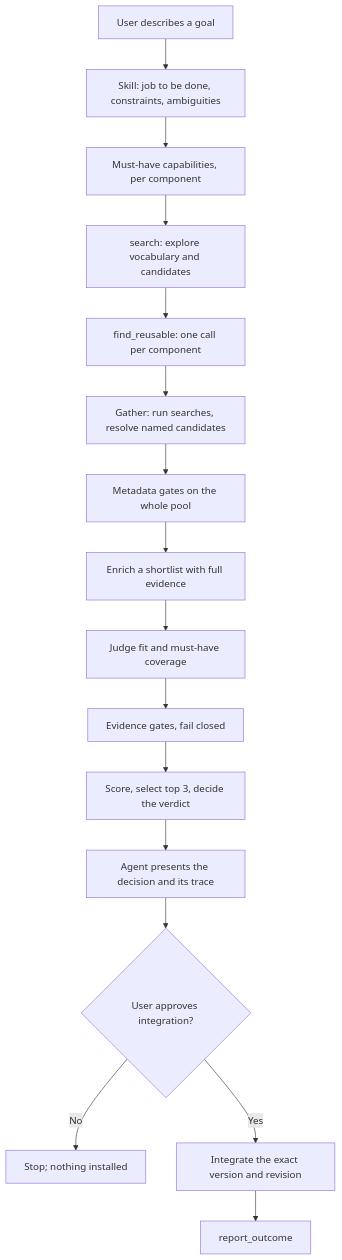
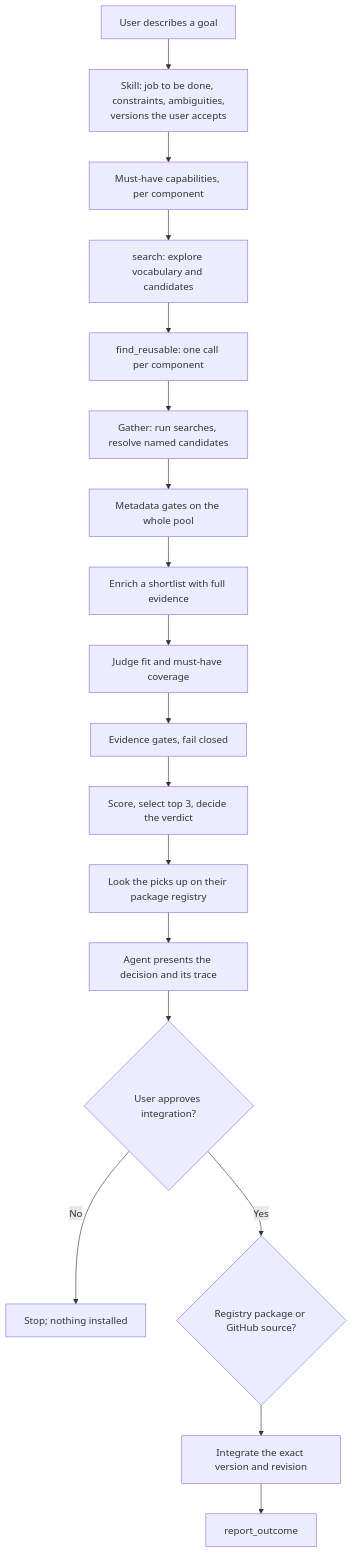
Before and after one commit to Qunivex/Open-Intelligence: the second of 2 diagrams in docs/architecture.md, drawn with Mermaid. The commit also changed other lines of this file and 20 other files, not shown here.

First line of the commit message:
Let the user choose which versions to pin, and offer each pick's registry package

````diff
--- a/docs/architecture.md
+++ b/docs/architecture.md
@@ -30,18 +30,20 @@
 ```mermaid
 flowchart TD
-    Start[User describes a goal] --> Intent[Skill: job to be done, constraints, ambiguities]
+    Start[User describes a goal] --> Intent[Skill: job to be done, constraints, ambiguities,<br/>versions the user accepts]
     Intent --> Caps[Must-have capabilities, per component]
     Caps --> Explore[search: explore vocabulary and candidates]
     Explore --> Find[find_reusable: one call per component]
     Find --> Gather[Gather: run searches, resolve named candidates]
     Gather --> Meta[Metadata gates on the whole pool]
     Meta --> Enrich[Enrich a shortlist with full evidence]
     Enrich --> Judge[Judge fit and must-have coverage]
     Judge --> Gates[Evidence gates, fail closed]
     Gates --> Score[Score, select top 3, decide the verdict]
-    Score --> Present[Agent presents the decision and its trace]
+    Score --> Packages[Look the picks up on their package registry]
+    Packages --> Present[Agent presents the decision and its trace]
     Present --> Approval{User approves integration?}
     Approval -- No --> Done[Stop; nothing installed]
-    Approval -- Yes --> Integrate[Integrate the exact version and revision]
+    Approval -- Yes --> How{Registry package or GitHub source?}
+    How --> Integrate[Integrate the exact version and revision]
     Integrate --> Outcome[report_outcome]
 ```
````
